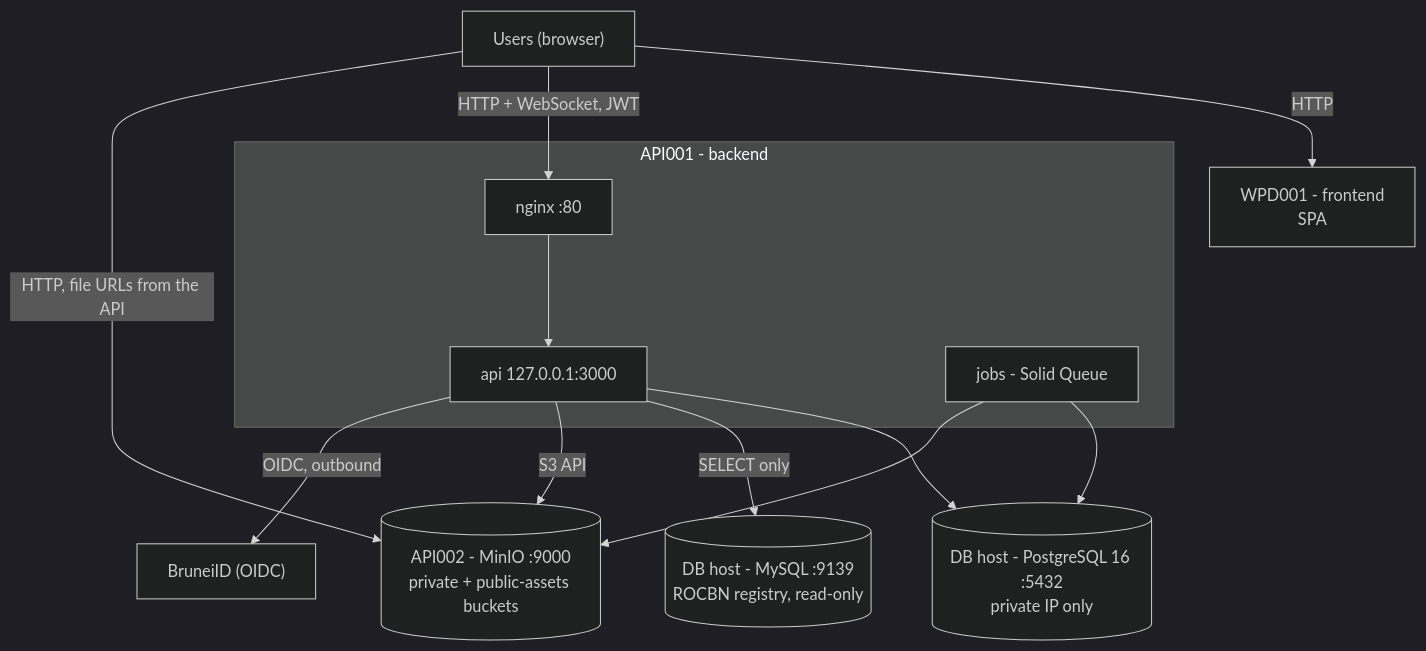
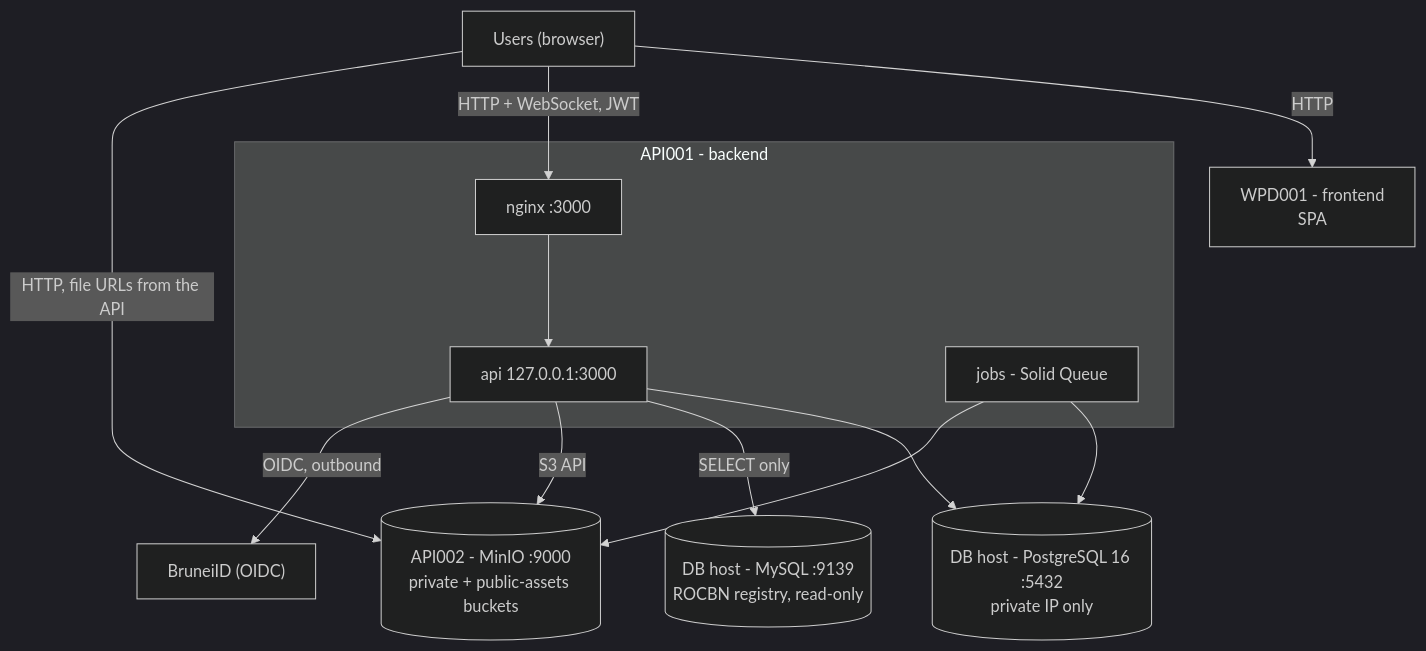
One commit to arya020595/st_dofi_backend changed the diagram in docs/architecture/production-4-server-architecture.md. Above: the diagram before and after it, drawn with Mermaid (dark theme). The commit also changed other lines of this file and 5 other files, not shown here.

````diff
--- a/docs/architecture/production-4-server-architecture.md
+++ b/docs/architecture/production-4-server-architecture.md
@@ -31,26 +31,26 @@
 ```mermaid
 graph TB
     USER["Users (browser)"]
     BID["BruneiID (OIDC)"]
 
     FE["WPD001 - frontend<br/>SPA"]
     subgraph BE["API001 - backend"]
-        NGINX["nginx :80"]
+        NGINX["nginx :3000"]
         API["api 127.0.0.1:3000"]
         JOBS["jobs - Solid Queue"]
     end
     MINIO[("API002 - MinIO :9000<br/>private + public-assets buckets")]
     PG[("DB host - PostgreSQL 16 :5432<br/>private IP only")]
     REG[("DB host - MySQL :9139<br/>ROCBN registry, read-only")]
 
     USER -->|"HTTP"| FE
     USER -->|"HTTP + WebSocket, JWT"| NGINX
     NGINX --> API
     USER -->|"HTTP, file URLs from the API"| MINIO
     API --> PG
     JOBS --> PG
     API -->|"SELECT only"| REG
     API -->|"S3 API"| MINIO
     JOBS --> MINIO
     API -->|"OIDC, outbound"| BID
 ```
````
